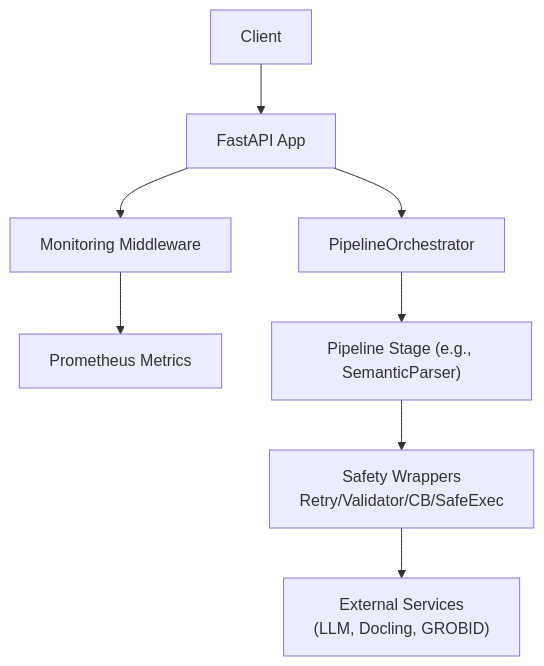
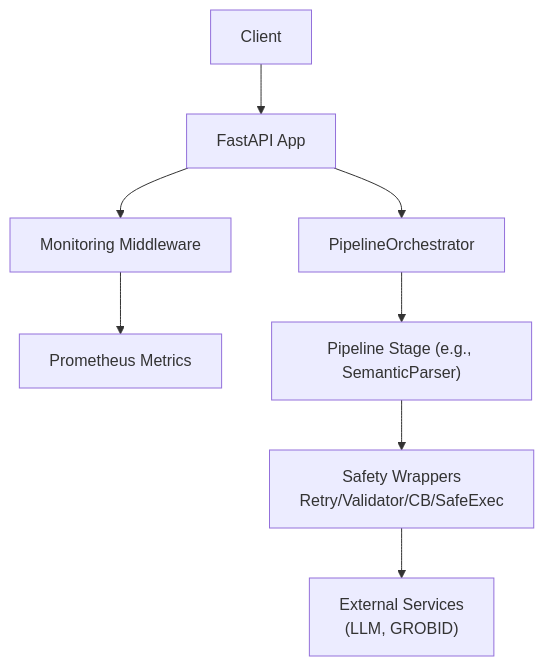
One commit to rohitkumarnaidu/ScholarFormAI changed the second of 8 diagrams in .docs/content/Pipeline Processing/Pipeline Safety.md. Above: the diagram before and after it, drawn with Mermaid. The commit also changed 3 other files, not shown here.

````diff
--- a/.docs/content/Pipeline Processing/Pipeline Safety.md
+++ b/.docs/content/Pipeline Processing/Pipeline Safety.md
@@ -114,18 +114,18 @@
 ```mermaid
 graph TB
 Client["Client"]
 API["FastAPI App"]
 MON["Monitoring Middleware"]
 PM["Prometheus Metrics"]
 ORCH["PipelineOrchestrator"]
 STAGE["Pipeline Stage (e.g., SemanticParser)"]
 SAFE["Safety Wrappers<br/>Retry/Validator/CB/SafeExec"]
-REMOTE["External Services<br/>(LLM, Docling, GROBID)"]
+REMOTE["External Services<br/>(LLM, GROBID)"]
 Client --> API
 API --> MON
 MON --> PM
 API --> ORCH
 ORCH --> STAGE
 STAGE --> SAFE
 SAFE --> REMOTE
 ```
````
